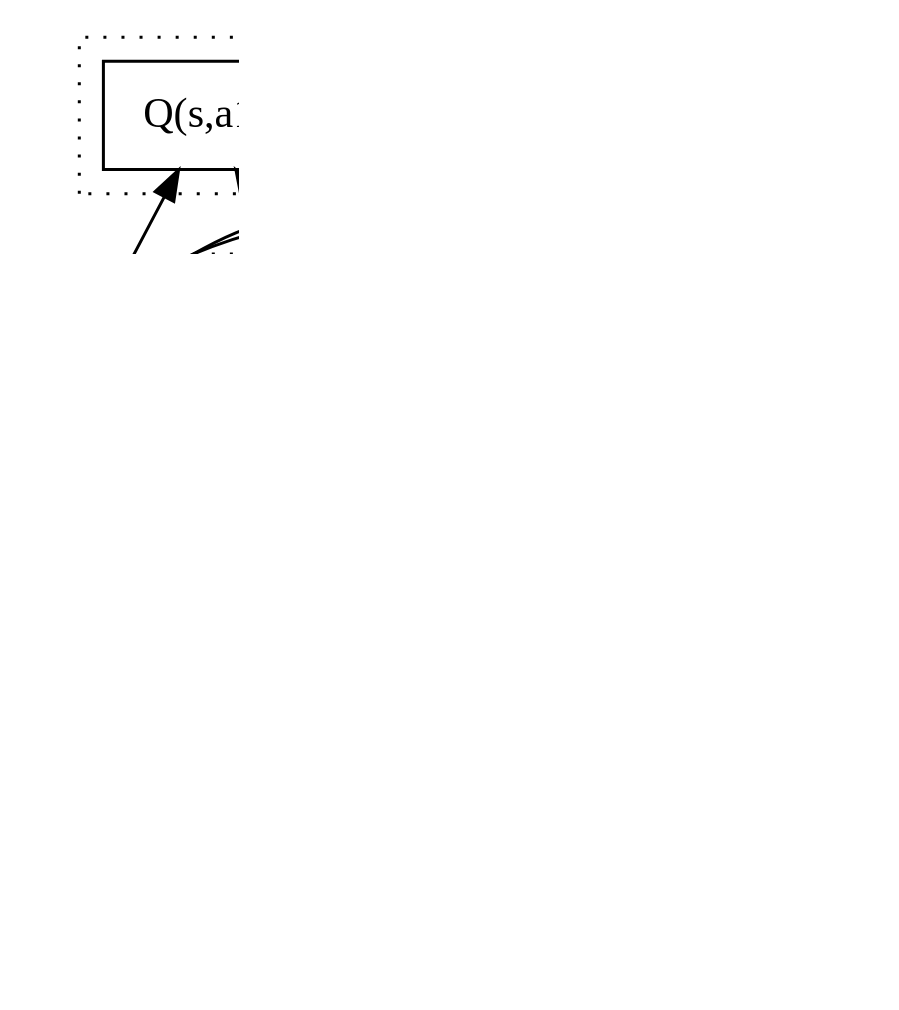
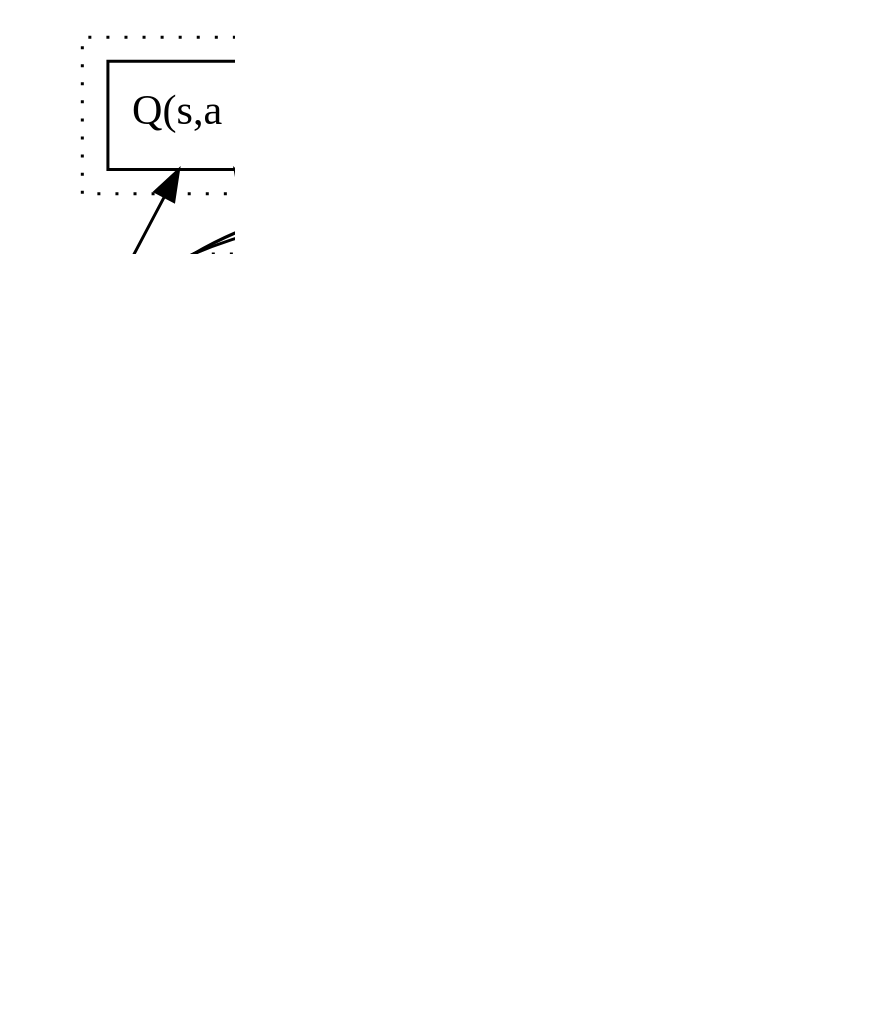
One commit to basictask/Intelligencia changed the diagram in 6_dql/doc/graphs/dql_5.dot. Above: the diagram before and after it, drawn with Graphviz. The commit also changed 6 other files, not shown here.

```diff
--- a/6_dql/doc/graphs/dql_5.dot
+++ b/6_dql/doc/graphs/dql_5.dot
@@ -1,38 +1,38 @@
 digraph dql {
     graph[dpi=300]
     rankdir="BT"
 
     s [label="Állapot", shape="rectangle"]
     net [label="Neurális hálózat", shape="rectangle"]
     vsnet [label="Specifikus\nhálózat", shape="rectangle"]
     qsanet [label="Specifikus\nhálózat", shape="rectangle"]
     vs [label="V(s)", shape="rectangle"]
 
     subgraph cluster1{
         style="dotted"
-        a1 [label="A(s,a1)", shape="rectangle"]
-        a2 [label="A(s,a2)", shape="rectangle"]
-        a3 [label="A(s,a3)", shape="rectangle"]  
+        a1 [label=<A(s,a<sub><font point-size="10">1</font></sub>)>, shape="rectangle"]
+        a2 [label=<A(s,a<sub><font point-size="10">3</font></sub>)>, shape="rectangle"]
+        a3 [label=<A(s,a<sub><font point-size="10">2</font></sub>)>, shape="rectangle"]  
     }
     
     subgraph cluster2{
         style="dotted"
-        q1 [label="Q(s,a1)", shape="rectangle"]
-        q2 [label="Q(s,a2)", shape="rectangle"]
-        q3 [label="Q(s,a3)", shape="rectangle"]  
+        q1 [label=<Q(s,a<sub><font point-size="10">1</font></sub>)>, shape="rectangle"]
+        q2 [label=<Q(s,a<sub><font point-size="10">3</font></sub>)>, shape="rectangle"]
+        q3 [label=<Q(s,a<sub><font point-size="10">2</font></sub>)>, shape="rectangle"]  
     }
 
     a1 -> q1
     vs -> q1
     a2 -> q2
     vs -> q2
     a3 -> q3
     vs -> q3
     vsnet -> vs
     qsanet -> a1
     qsanet -> a2
     qsanet -> a3
     net -> vsnet
     net -> qsanet
     s -> net
 }
```
